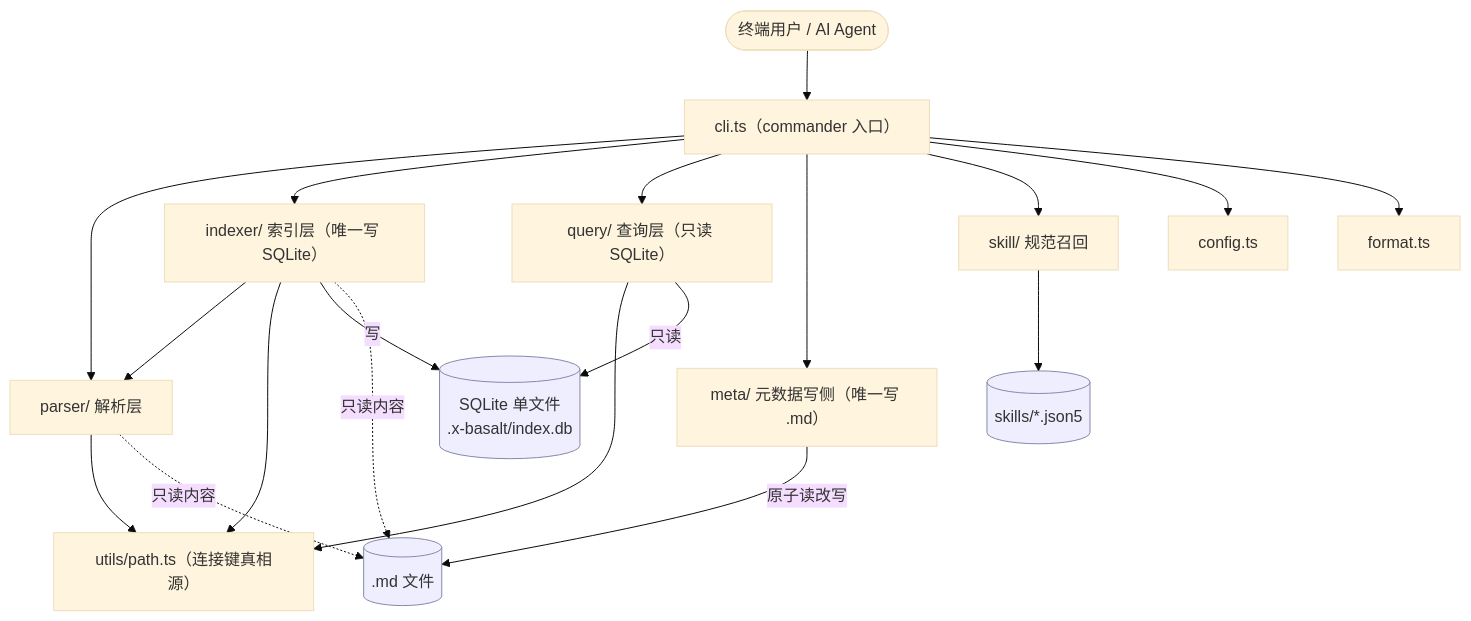
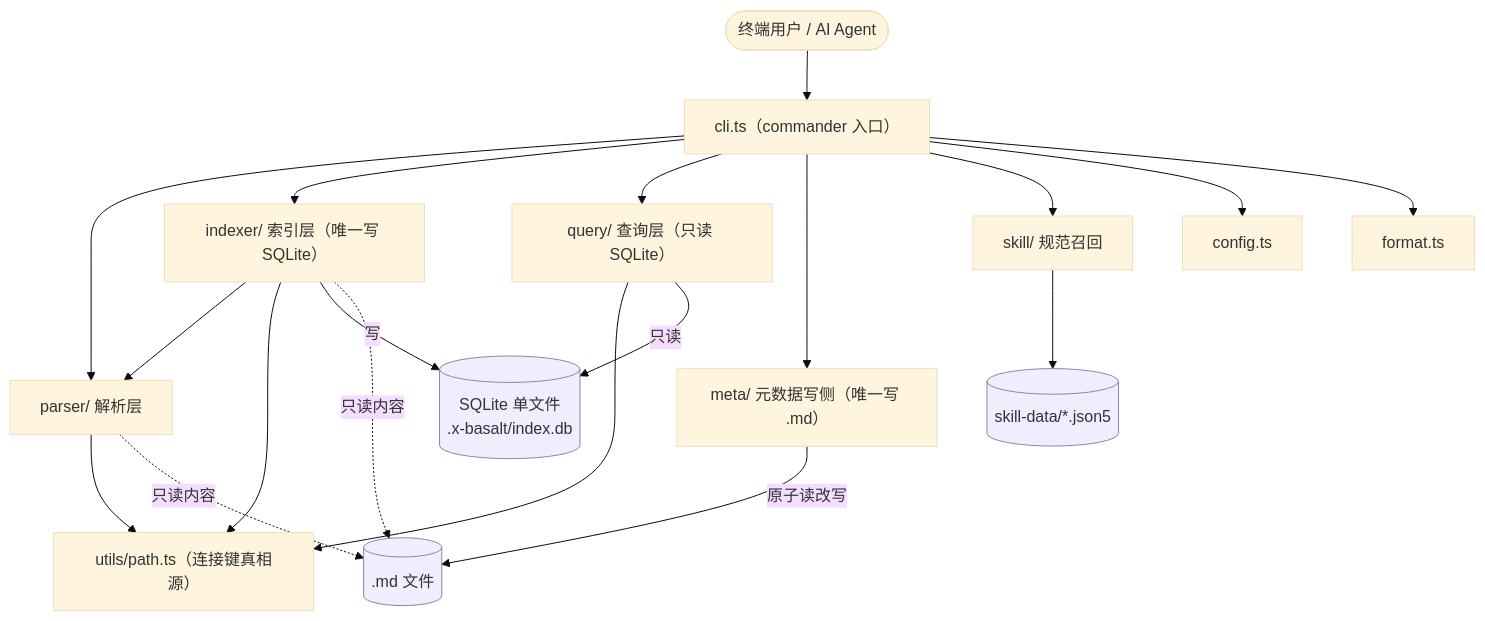
The first of 5 diagrams in docs/architecture/2026-06-28-overview.md (xnightsky/x-basalt), drawn with Mermaid (base theme) before and after one commit. The commit also changed other lines of this file and 19 other files, not shown here.

````diff
--- a/docs/architecture/2026-06-28-overview.md
+++ b/docs/architecture/2026-06-28-overview.md
@@ -42,27 +42,27 @@
 ```mermaid
 flowchart TD
     user([终端用户 / AI Agent]) --> cli["cli.ts（commander 入口）"]
 
     cli --> parser["parser/ 解析层"]
     cli --> indexer["indexer/ 索引层（唯一写 SQLite）"]
     cli --> query["query/ 查询层（只读 SQLite）"]
     cli --> meta["meta/ 元数据写侧（唯一写 .md）"]
     cli --> skill["skill/ 规范召回"]
     cli --> config["config.ts"]
     cli --> format["format.ts"]
 
     indexer --> parser
     parser --> utils["utils/path.ts（连接键真相源）"]
     indexer --> utils
     query --> utils
 
     indexer -- 写 --> db[("SQLite 单文件<br/>.x-basalt/index.db")]
     query -- 只读 --> db
     parser -. 只读内容 .-> md[(".md 文件")]
     indexer -. 只读内容 .-> md
     meta -- 原子读改写 --> md
-    skill --> skfiles[("skills/*.json5")]
+    skill --> skfiles[("skill-data/*.json5")]
 
     classDef store fill:#eef,stroke:#88a;
     class db,md,skfiles store;
 ```
````
